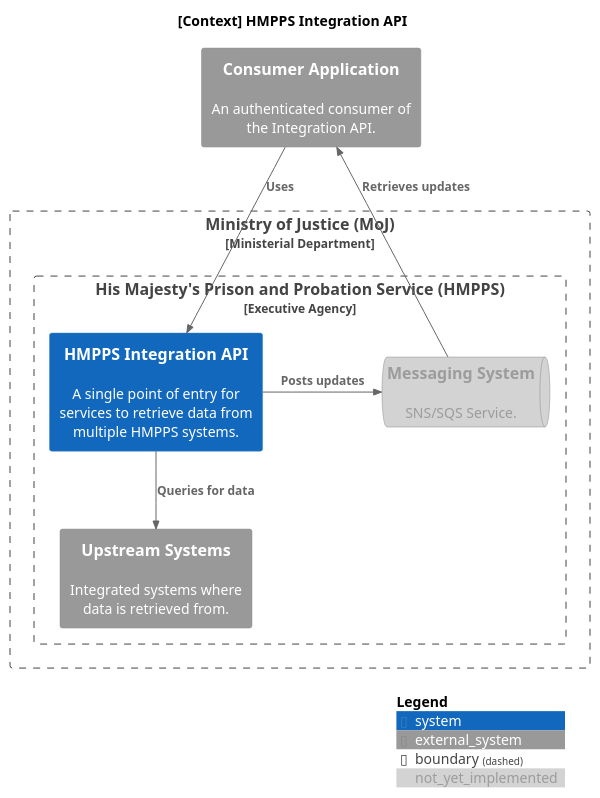
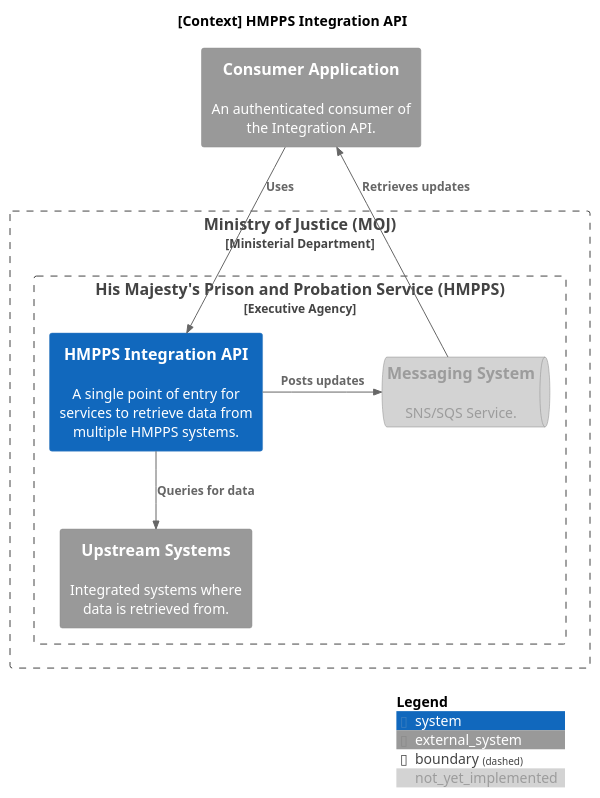
One commit to ministryofjustice/hmpps-integration-api changed the diagram in docs/diagrams/context.puml. Above: the diagram before and after it, drawn with PlantUML. The commit also changed 1 other file, not shown here.

Commit message:
Fix incorrect instances of MOJ

```diff
--- a/docs/diagrams/context.puml
+++ b/docs/diagrams/context.puml
@@ -1,30 +1,30 @@
 @startuml context
 
 !include https://raw.githubusercontent.com/plantuml-stdlib/C4-PlantUML/master/C4_Context.puml
 
 skinparam linetype polyline
 
 title [Context] HMPPS Integration API
 
 AddElementTag("not_yet_implemented", $bgColor="#D3D3D3", $fontColor="#9C9C9C")
 
 System_Ext(consumer, "Consumer Application", "An authenticated consumer of the Integration API.")
 
-Boundary(moj, "Ministry of Justice (MoJ)", "Ministerial Department") {
+Boundary(moj, "Ministry of Justice (MOJ)", "Ministerial Department") {
   Boundary(hmpps, "His Majesty's Prison and Probation Service (HMPPS)", "Executive Agency") {
     System(hmpps_integration_api, "HMPPS Integration API", "A single point of entry for services to retrieve data from multiple HMPPS systems.")
 
     SystemQueue_Ext(messaging, "Messaging System", "SNS/SQS Service.",$tags="not_yet_implemented")
 
     System_Ext(upstream, "Upstream Systems", "Integrated systems where data is retrieved from.")
   }
 }
 
 Rel_Down(consumer, hmpps_integration_api, "Uses")
 Rel_Right(hmpps_integration_api, messaging, "Posts updates")
 Rel_Up(messaging, consumer, "Retrieves updates")
 Rel(hmpps_integration_api, upstream, "Queries for data")
 
 SHOW_DYNAMIC_LEGEND()
 
 @enduml
```
